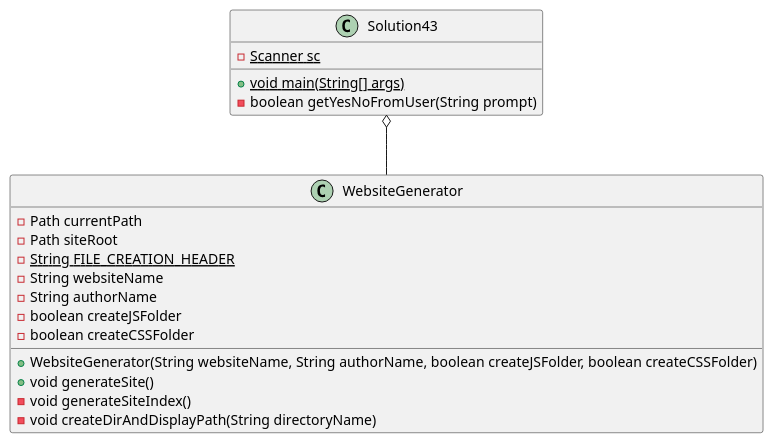
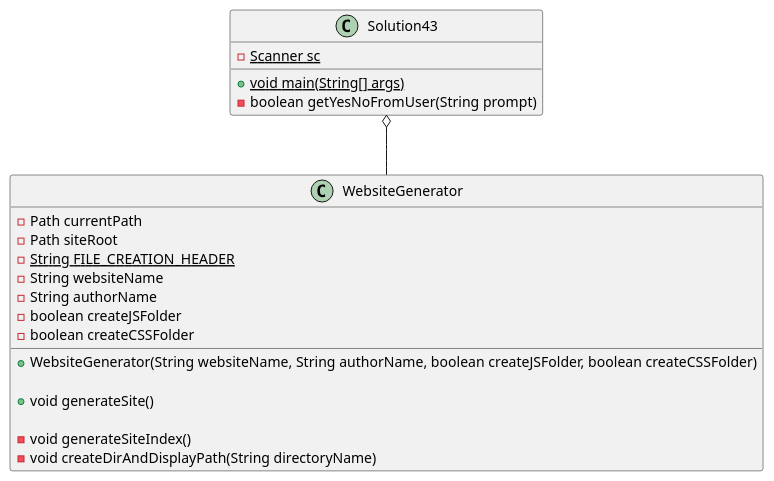
The diagram in exercise43/docs/class_diagram.puml (ethandrzb/thomas-a04), drawn with PlantUML before and after one commit. The commit also changed 2 other files, not shown here.

Commit message:
Updated and commented UML diagram

```diff
--- a/exercise43/docs/class_diagram.puml
+++ b/exercise43/docs/class_diagram.puml
@@ -1,30 +1,36 @@
 @startuml
 'https://plantuml.com/class-diagram
 
 class Solution43
 {
     -{static} Scanner sc
 
     +{static} void main(String[] args)
     -boolean getYesNoFromUser(String prompt)
 }
 
 class WebsiteGenerator
 {
+    ' Fields
     -Path currentPath
     -Path siteRoot
     -{static} String FILE_CREATION_HEADER
     -String websiteName
     -String authorName
     -boolean createJSFolder
     -boolean createCSSFolder
 
+    ' Constructor
     +WebsiteGenerator(String websiteName, String authorName, boolean createJSFolder, boolean createCSSFolder)
+
+    ' User interface
     +void generateSite()
+
+    ' Helper methods
     -void generateSiteIndex()
     -void createDirAndDisplayPath(String directoryName)
 }
 
 Solution43 o-- WebsiteGenerator
 
 @enduml
```
